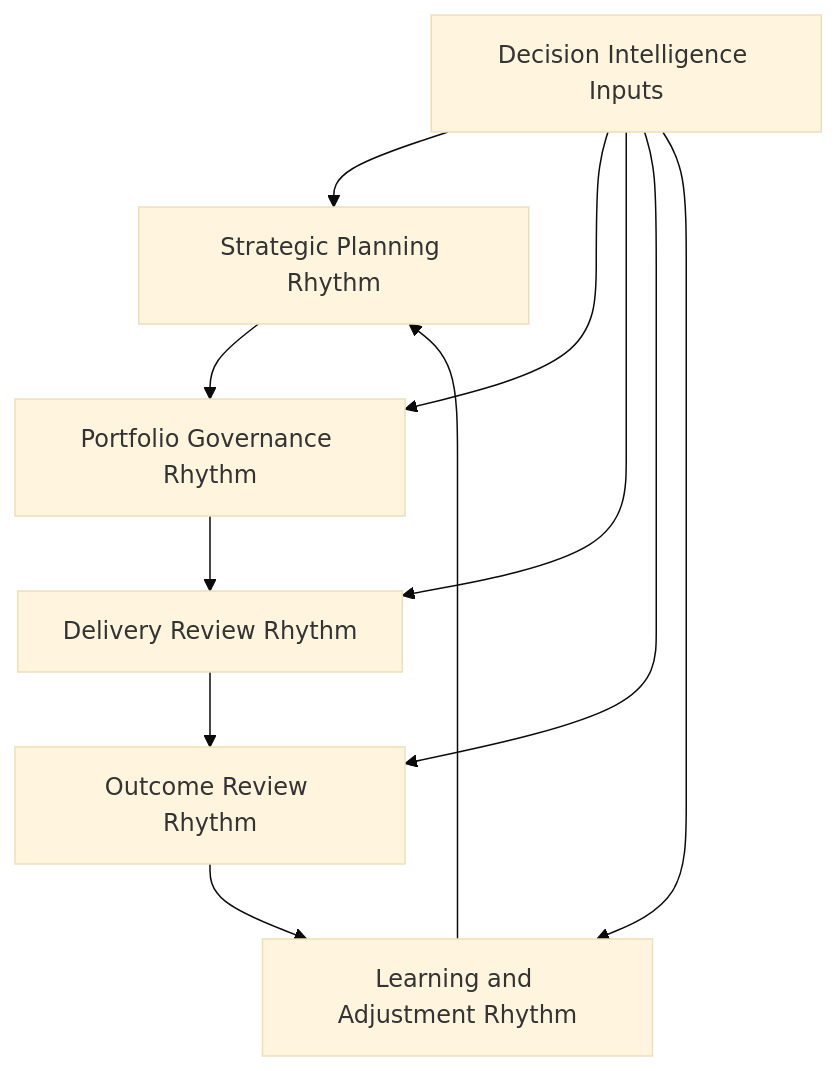
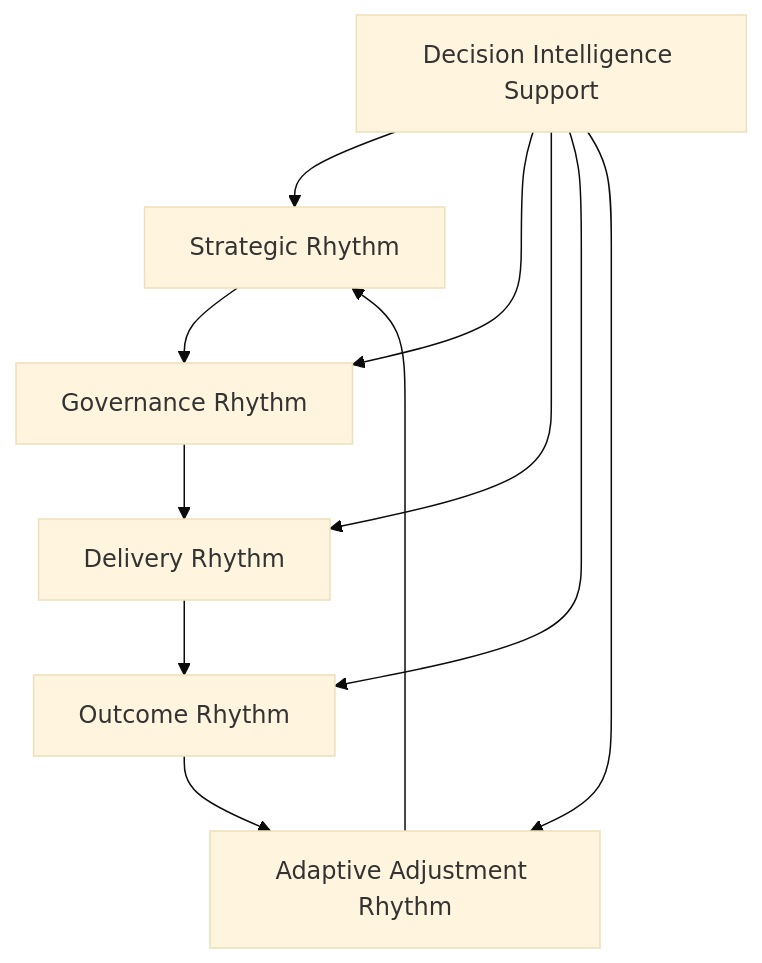
Before and after one commit to ChuckFerrando/product-leadership-operating-model: the first of 2 diagrams in architecture/EXECUTIVE_OPERATING_RHYTHM.md, drawn with Mermaid (base theme). The commit also changed other lines of this file, not shown here.

````diff
--- a/architecture/EXECUTIVE_OPERATING_RHYTHM.md
+++ b/architecture/EXECUTIVE_OPERATING_RHYTHM.md
@@ -37,23 +39,22 @@
 ```mermaid
 flowchart TB
 
-    A[Strategic Planning Rhythm]
-    B[Portfolio Governance Rhythm]
-    C[Delivery Review Rhythm]
-    D[Outcome Review Rhythm]
-    E[Learning and Adjustment Rhythm]
-
-    F[Decision Intelligence Inputs]
+    A[Strategic Rhythm]
+    B[Governance Rhythm]
+    C[Delivery Rhythm]
+    D[Outcome Rhythm]
+    E[Adaptive Adjustment Rhythm]
+    F[Decision Intelligence Support]
 
     A --> B
     B --> C
     C --> D
     D --> E
     E --> A
 
     F --> A
     F --> B
     F --> C
     F --> D
     F --> E
 ```
````
